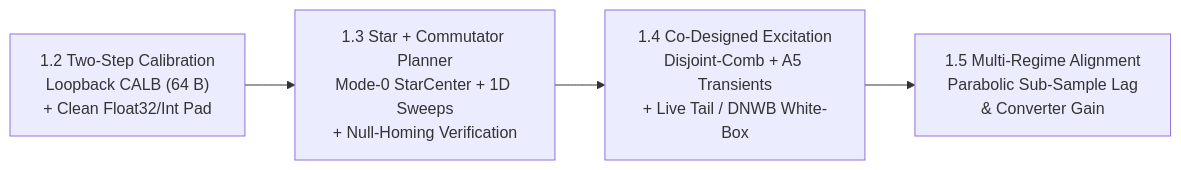
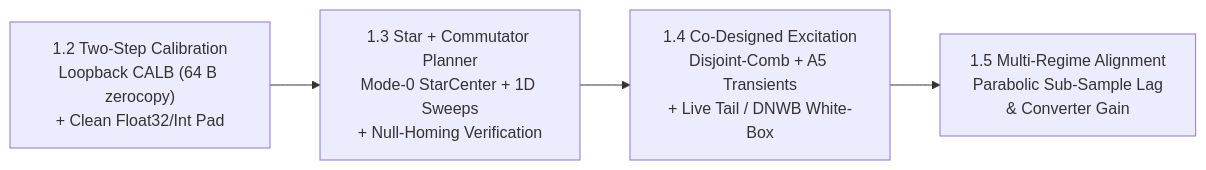
One commit to mokugen/dnam changed the diagram in docs/specs/training/capture_and_alignment.md. Above: the diagram before and after it, drawn with Mermaid. The commit also changed other lines of this file and 99 other files, not shown here.

Commit message:
docs(specs): cut over canonical architecture and v3.0 specs to SONA + WebGPU

````diff
--- a/docs/specs/training/capture_and_alignment.md
+++ b/docs/specs/training/capture_and_alignment.md
@@ -32,6 +31,6 @@
 ```mermaid
 flowchart LR
-    Calib["1.2 Two-Step Calibration<br/>Loopback CALB (64 B)<br/>+ Clean Float32/Int Pad"] --> Plan["1.3 Star + Commutator Planner<br/>Mode-0 StarCenter + 1D Sweeps<br/>+ Null-Homing Verification"]
+    Calib["1.2 Two-Step Calibration<br/>Loopback CALB (64 B zerocopy)<br/>+ Clean Float32/Int Pad"] --> Plan["1.3 Star + Commutator Planner<br/>Mode-0 StarCenter + 1D Sweeps<br/>+ Null-Homing Verification"]
     Plan --> Excite["1.4 Co-Designed Excitation<br/>Disjoint-Comb + A5 Transients<br/>+ Live Tail / DNWB White-Box"]
     Excite --> Align["1.5 Multi-Regime Alignment<br/>Parabolic Sub-Sample Lag<br/>& Converter Gain"]
 ```
````
